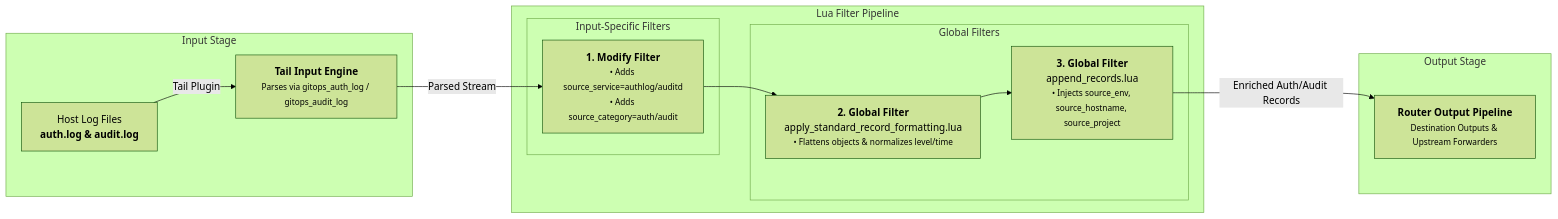
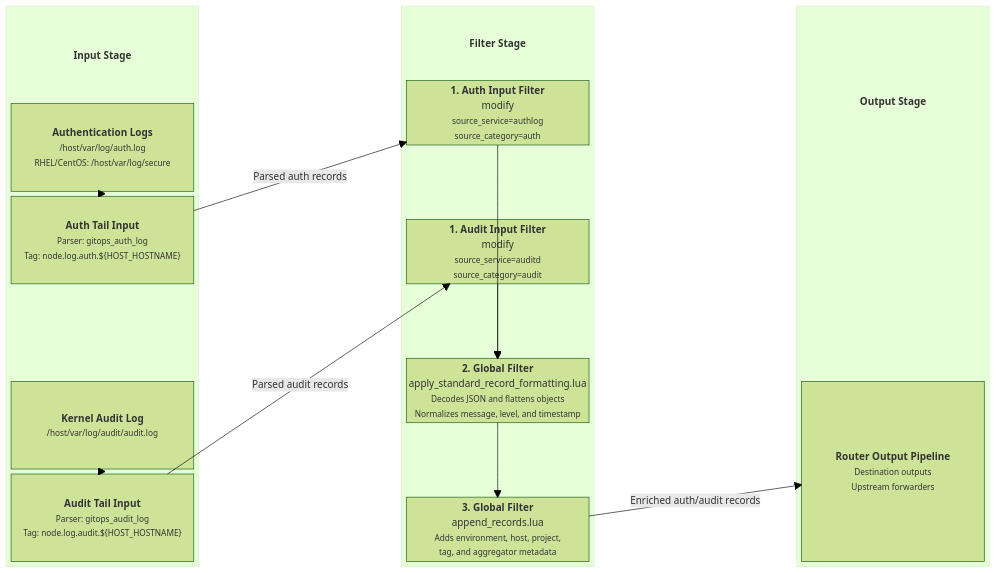
The diagram in docs/input-auth-audit.md (Josh5/fluent-bit-router), drawn with Mermaid (forest theme) before and after one commit. The commit also changed 11 other files, not shown here.

Commit message:
Improvements to the mermaid diagrams

````diff
--- a/docs/input-auth-audit.md
+++ b/docs/input-auth-audit.md
@@ -81,36 +81,50 @@
 ```mermaid
-flowchart LR
-    %% TOP BLOCK: INPUT STAGE
-    subgraph InputStage [Input Stage]
-        A["Host Log Files<br><b>auth.log & audit.log</b>"] -->|Tail Plugin| B["<b>Tail Input Engine</b><br><small>Parses via gitops_auth_log / gitops_audit_log</small>"]
+block-beta
+    columns 5
+
+    block:InputStage
+        columns 1
+        InputTitle["<b>Input Stage</b>"]
+        A["<b>Authentication Logs</b><br/><small>/host/var/log/auth.log<br/>RHEL/CentOS: /host/var/log/secure</small>"]
+        B["<b>Auth Tail Input</b><br/><small>Parser: gitops_auth_log<br/>Tag: node.log.auth.${HOST_HOSTNAME}</small>"]
+        space
+        C["<b>Kernel Audit Log</b><br/><small>/host/var/log/audit/audit.log</small>"]
+        D["<b>Audit Tail Input</b><br/><small>Parser: gitops_audit_log<br/>Tag: node.log.audit.${HOST_HOSTNAME}</small>"]
     end
 
-    %% Drop down connection to filter pipeline
-    B -->|Parsed Stream| C
+    space
 
-    %% MIDDLE BLOCK: LUA FILTER PIPELINE
-    subgraph FilterPipeline [Lua Filter Pipeline]
-        subgraph LocalFilter [Input-Specific Filters]
-            C["<b>1. Modify Filter</b><br><small>• Adds source_service=authlog/auditd<br>• Adds source_category=auth/audit</small>"]
-        end
-
-        C --> D
-
-        subgraph GlobalFilters [Global Filters]
-            D["<b>2. Global Filter</b><br>apply_standard_record_formatting.lua<br><small>• Flattens objects & normalizes level/time</small>"]
-            --> E["<b>3. Global Filter</b><br>append_records.lua<br><small>• Injects source_env, source_hostname, source_project</small>"]
-        end
+    block:FilterStage
+        columns 1
+        FilterTitle["<b>Filter Stage</b>"]
+        E["<b>1. Auth Input Filter</b><br/>modify<br/><small>source_service=authlog<br/>source_category=auth</small>"]
+        space
+        F["<b>1. Audit Input Filter</b><br/>modify<br/><small>source_service=auditd<br/>source_category=audit</small>"]
+        space
+        G["<b>2. Global Filter</b><br/>apply_standard_record_formatting.lua<br/><small>Decodes JSON and flattens objects<br/>Normalizes message, level, and timestamp</small>"]
+        space
+        H["<b>3. Global Filter</b><br/>append_records.lua<br/><small>Adds environment, host, project,<br/>tag, and aggregator metadata</small>"]
     end
 
-    %% Drop down connection to output stage
-    E -->|Enriched Auth/Audit Records| F
+    space
 
-    %% BOTTOM BLOCK: OUTPUT STAGE
-    subgraph OutputStage [Output Stage]
-        F["<b>Router Output Pipeline</b><br><small>Destination Outputs & Upstream Forwarders</small>"]
+    block:OutputStage
+        columns 1
+        OutputTitle["<b>Output Stage</b>"]
+        space
+        I["<b>Router Output Pipeline</b><br/><small>Destination outputs<br/>Upstream forwarders</small>"]
     end
 
-    %% Structural layout constraints
-    InputStage ~~~ FilterPipeline
-    FilterPipeline ~~~ OutputStage
+    A --> B
+    C --> D
+    B -- "Parsed auth records" --> E
+    D -- "Parsed audit records" --> F
+    E --> G
+    F --> G
+    G --> H
+    H -- "Enriched auth/audit records" --> I
+
+    style InputTitle fill:none,stroke:none
+    style FilterTitle fill:none,stroke:none
+    style OutputTitle fill:none,stroke:none
 ```
````
